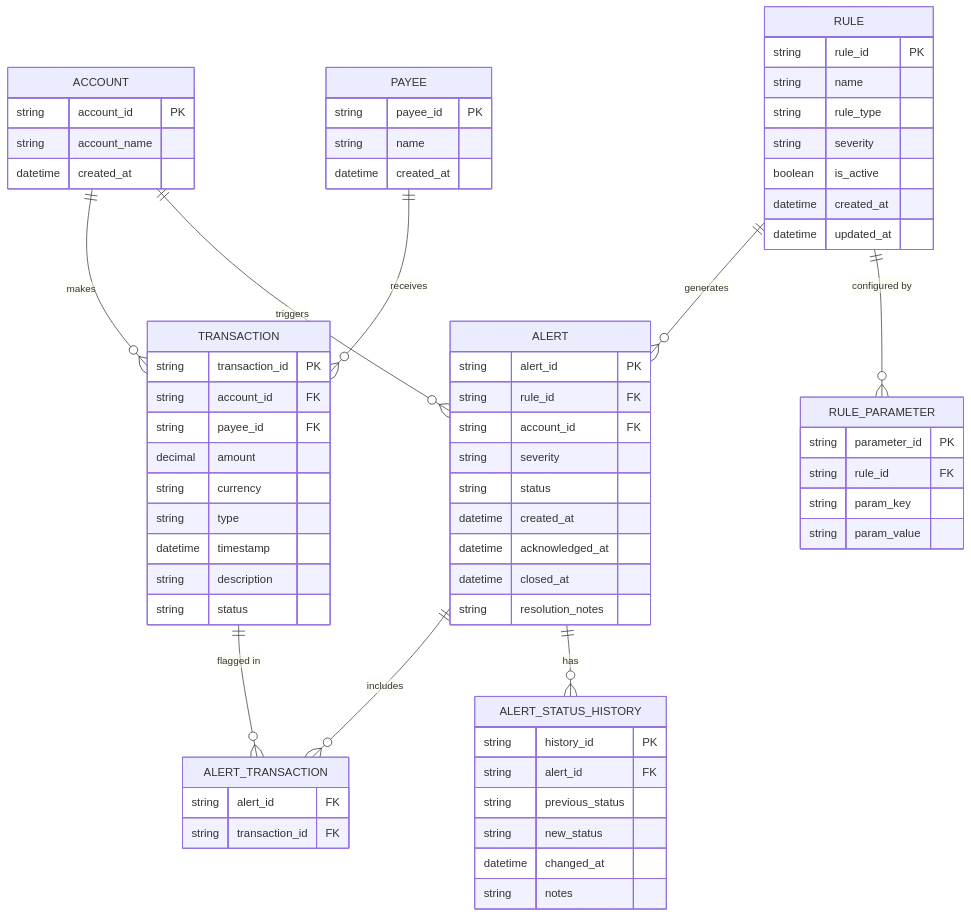
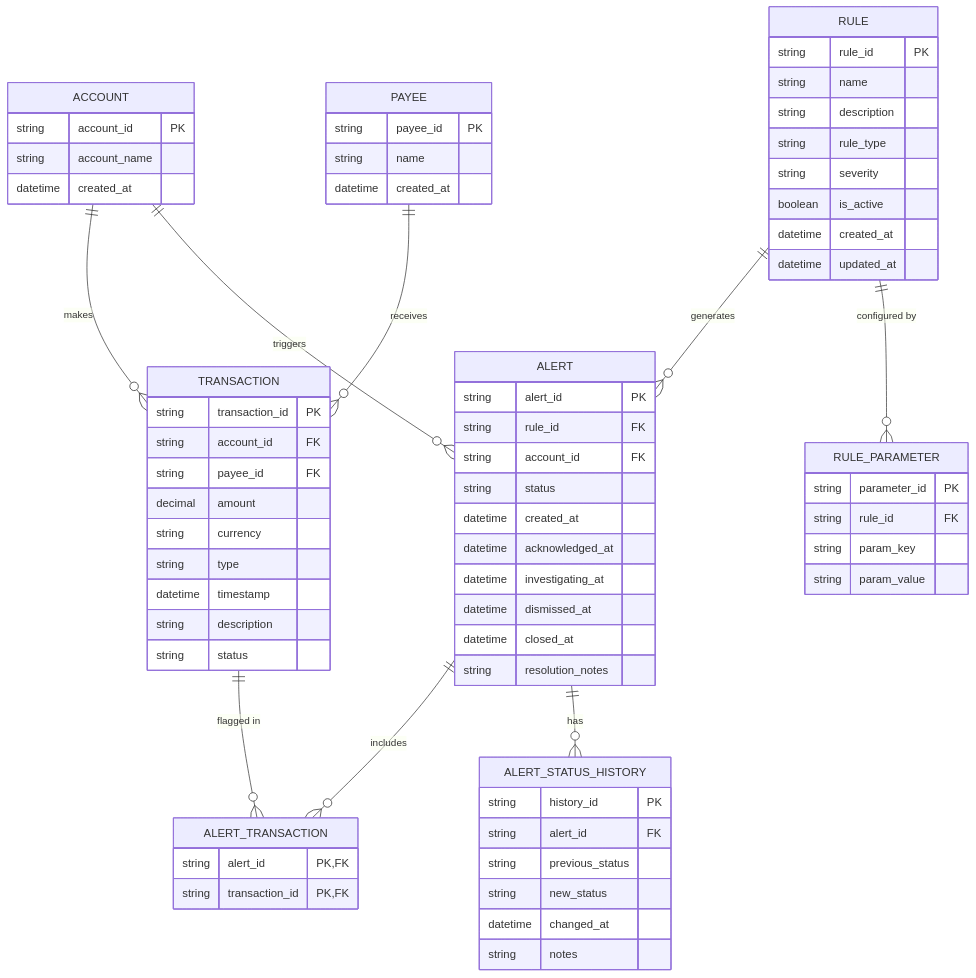
Before and after one commit to IamUsike/democd: the diagram in docs/transaction monitoring er diagram.mmd, drawn with Mermaid.

Commit message:
made changes to the ER diagram

```diff
--- a/docs/transaction monitoring er diagram.mmd
+++ b/docs/transaction monitoring er diagram.mmd
@@ -1,76 +1,78 @@
 erDiagram
     ACCOUNT ||--o{ TRANSACTION : "makes"
     PAYEE ||--o{ TRANSACTION : "receives"
     ACCOUNT ||--o{ ALERT : "triggers"
     RULE ||--o{ ALERT : "generates"
     RULE ||--o{ RULE_PARAMETER : "configured by"
     ALERT ||--o{ ALERT_TRANSACTION : "includes"
     TRANSACTION ||--o{ ALERT_TRANSACTION : "flagged in"
     ALERT ||--o{ ALERT_STATUS_HISTORY : "has"
 
     ACCOUNT {
         string account_id PK
         string account_name
         datetime created_at
     }
 
     PAYEE {
         string payee_id PK
         string name
         datetime created_at
     }
 
     TRANSACTION {
         string transaction_id PK
         string account_id FK
         string payee_id FK
         decimal amount
         string currency
         string type
         datetime timestamp
         string description
         string status
     }
 
     RULE {
         string rule_id PK
         string name
+        string description
         string rule_type
         string severity
         boolean is_active
         datetime created_at
         datetime updated_at
     }
 
     RULE_PARAMETER {
         string parameter_id PK
         string rule_id FK
         string param_key
         string param_value
     }
 
     ALERT {
         string alert_id PK
         string rule_id FK
         string account_id FK
-        string severity
         string status
         datetime created_at
         datetime acknowledged_at
+        datetime investigating_at
+        datetime dismissed_at
         datetime closed_at
         string resolution_notes
     }
 
     ALERT_TRANSACTION {
-        string alert_id FK
-        string transaction_id FK
+        string alert_id PK, FK
+        string transaction_id PK, FK
     }
 
     ALERT_STATUS_HISTORY {
         string history_id PK
         string alert_id FK
         string previous_status
         string new_status
         datetime changed_at
         string notes
     }
```
